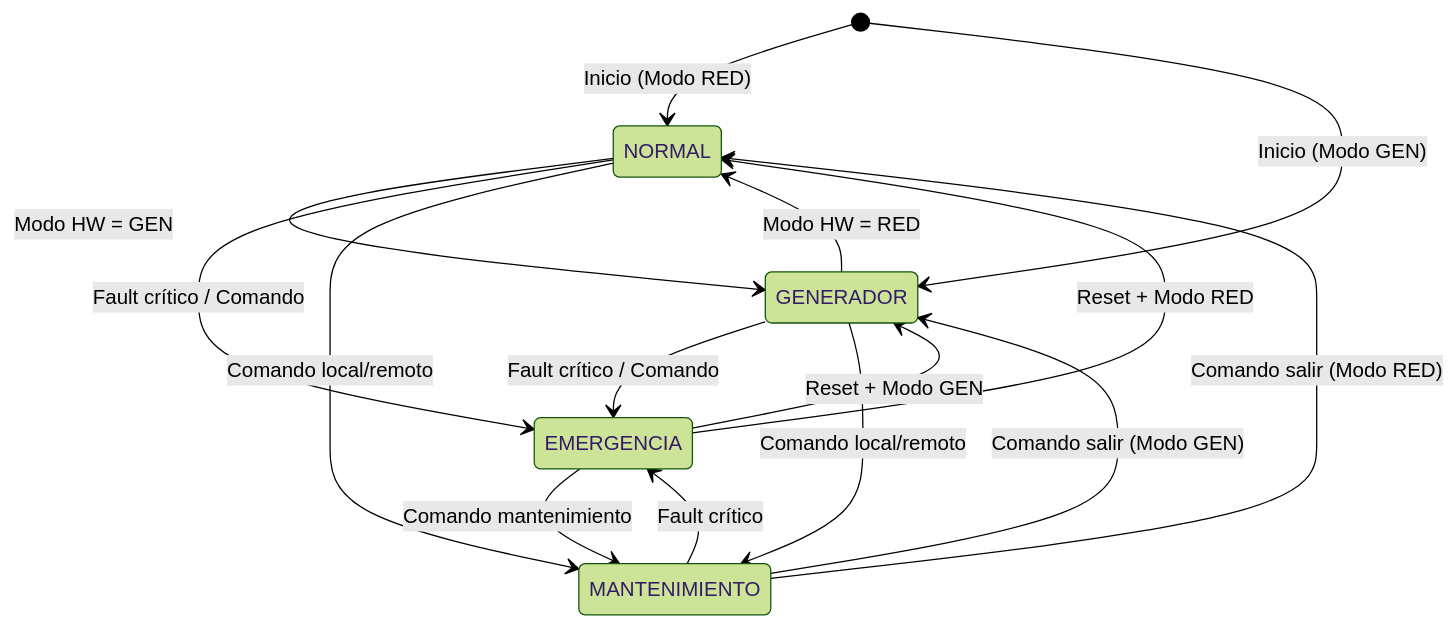
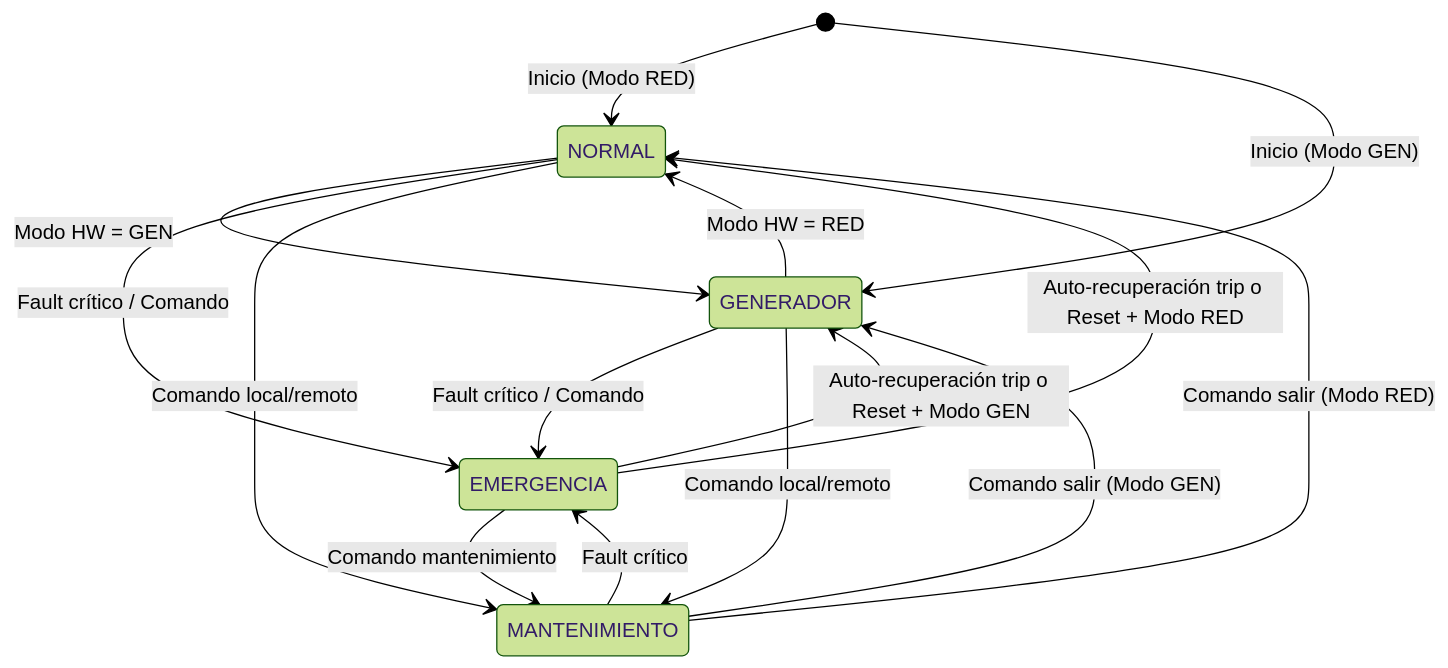
The diagram in docs/states.md (Liamnunez/supervisor-bombas-arduino-uno-q), drawn with Mermaid (forest theme) before and after one commit. The commit also changed other lines of this file and 15 other files, not shown here.

First line of the commit message:
Implementa la politica de trip: auto-recuperacion x3 / 15 min (SIF-04)

````diff
--- a/docs/states.md
+++ b/docs/states.md
@@ -5,21 +5,21 @@
 ```mermaid
 stateDiagram-v2
     [*] --> NORMAL: Inicio (Modo RED)
     [*] --> GENERADOR: Inicio (Modo GEN)
 
     NORMAL --> GENERADOR: Modo HW = GEN
     NORMAL --> EMERGENCIA: Fault crítico / Comando
     NORMAL --> MANTENIMIENTO: Comando local/remoto
 
     GENERADOR --> NORMAL: Modo HW = RED
     GENERADOR --> EMERGENCIA: Fault crítico / Comando
     GENERADOR --> MANTENIMIENTO: Comando local/remoto
 
     MANTENIMIENTO --> NORMAL: Comando salir (Modo RED)
     MANTENIMIENTO --> GENERADOR: Comando salir (Modo GEN)
     MANTENIMIENTO --> EMERGENCIA: Fault crítico
 
-    EMERGENCIA --> NORMAL: Reset + Modo RED
-    EMERGENCIA --> GENERADOR: Reset + Modo GEN
+    EMERGENCIA --> NORMAL: Auto-recuperación trip o Reset + Modo RED
+    EMERGENCIA --> GENERADOR: Auto-recuperación trip o Reset + Modo GEN
     EMERGENCIA --> MANTENIMIENTO: Comando mantenimiento
 ```
````
